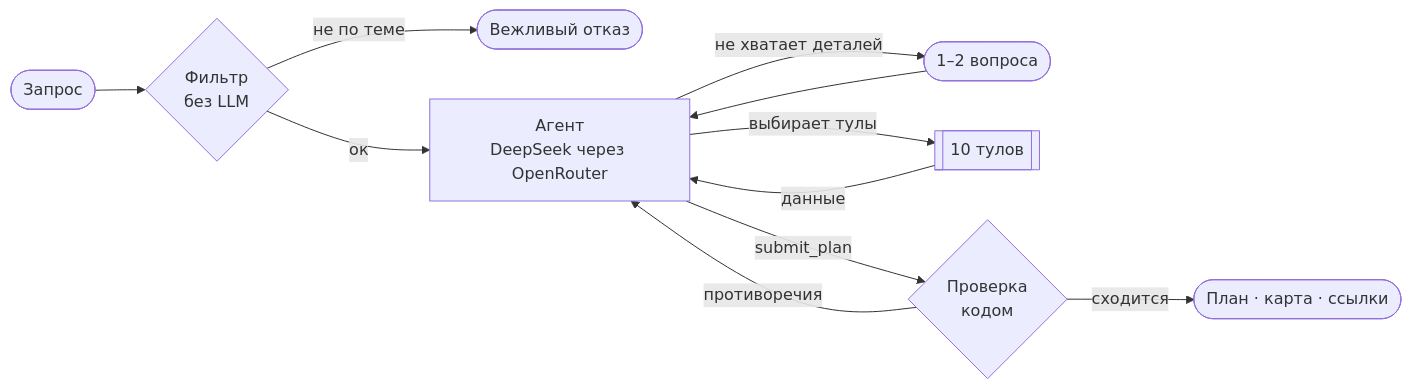
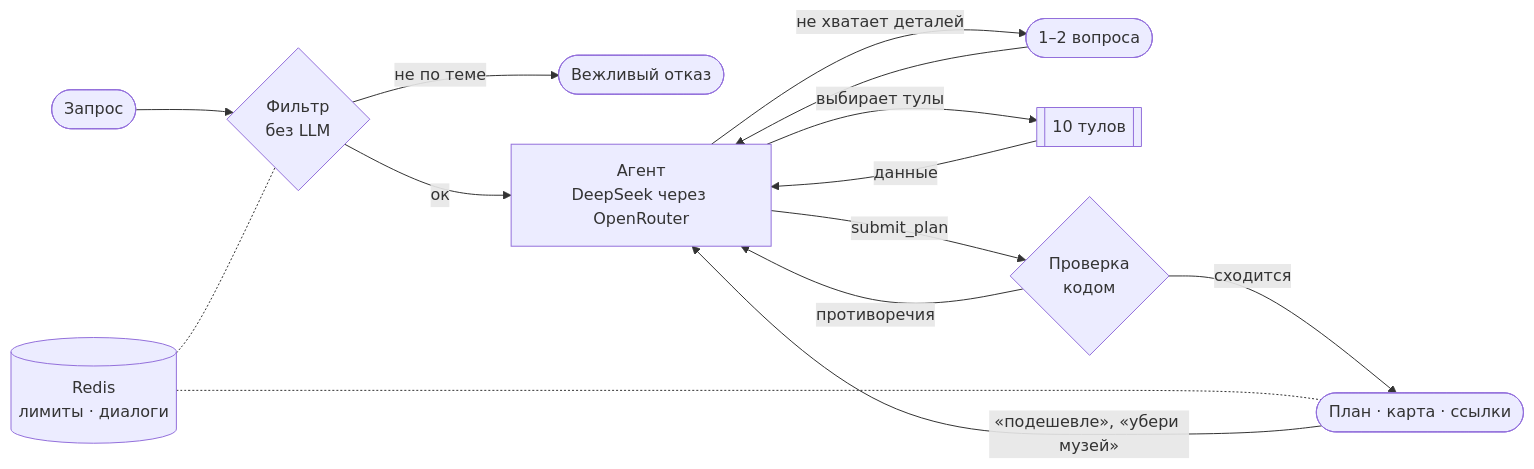
One commit to BessolitsinGleb/AI-ta changed the first of 2 diagrams in README.md. Above: the diagram before and after it, drawn with Mermaid. The commit also changed other lines of this file and 26 other files, not shown here.

````diff
--- a/README.md
+++ b/README.md
@@ -70,12 +72,15 @@
 ```mermaid
 flowchart LR
     U([Запрос]) --> G{Фильтр<br>без LLM}
     G -- не по теме --> R([Вежливый отказ])
     G -- ок --> A[Агент<br>DeepSeek через OpenRouter]
     A -- не хватает деталей --> Q([1–2 вопроса]) --> A
     A -- выбирает тулы --> T[[10 тулов]]
     T -- данные --> A
     A -- submit_plan --> V{Проверка<br>кодом}
     V -- противоречия --> A
     V -- сходится --> P([План · карта · ссылки])
+    P -- «подешевле», «убери музей» --> A
+    R2[(Redis<br>лимиты · диалоги)] -.- G
+    R2 -.- P
 ```
````
